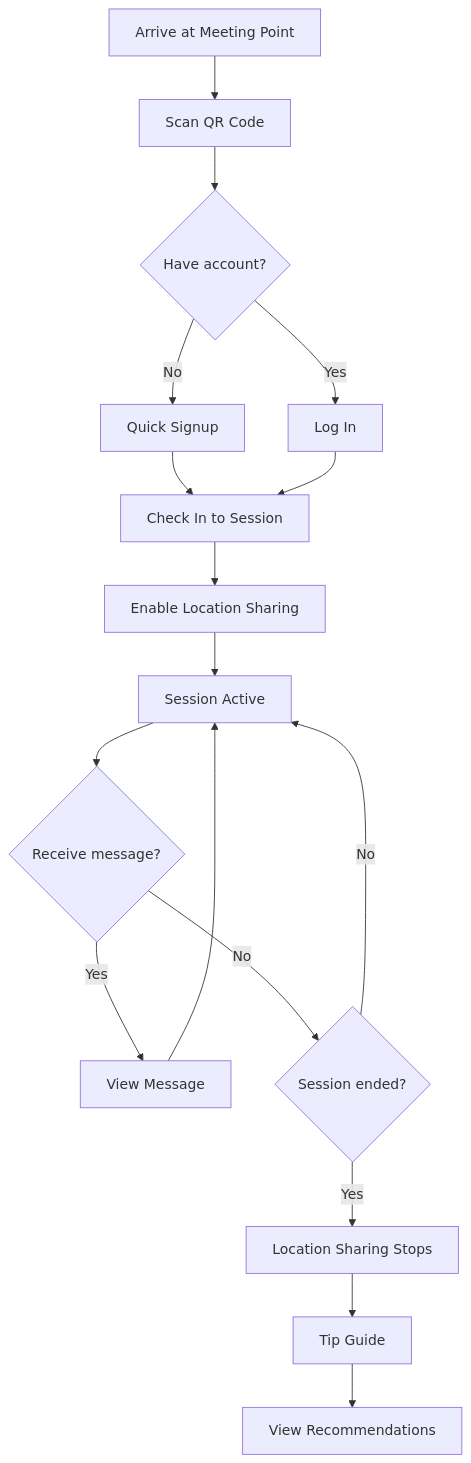
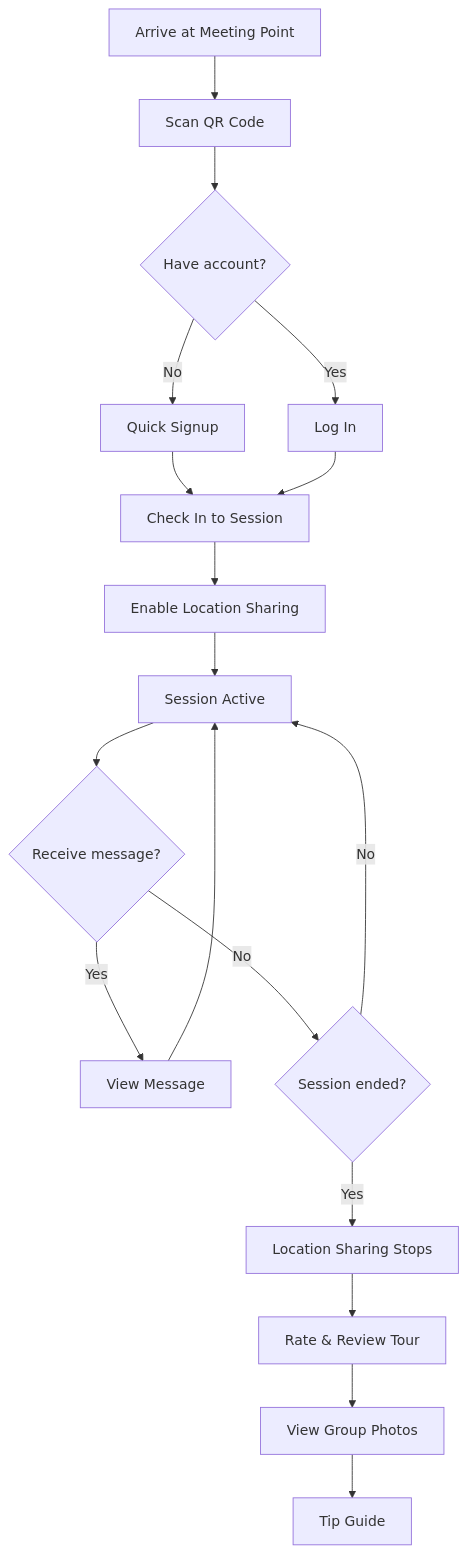
One commit to wariya-placehub/triptoe-docs changed the second of 3 diagrams in 1_product_overview.md. Above: the diagram before and after it, drawn with Mermaid. The commit also changed other lines of this file and 3 other files, not shown here.

````diff
--- a/1_product_overview.md
+++ b/1_product_overview.md
@@ -83,19 +85,20 @@
 ```mermaid
 flowchart TD
     A[Arrive at Meeting Point] --> B[Scan QR Code]
     B --> C{Have account?}
     C -->|No| D[Quick Signup]
     C -->|Yes| E[Log In]
     D --> F[Check In to Session]
     E --> F
     F --> G[Enable Location Sharing]
     G --> H[Session Active]
     H --> I{Receive message?}
     I -->|Yes| J[View Message]
     J --> H
     I -->|No| K{Session ended?}
     K -->|No| H
     K -->|Yes| L[Location Sharing Stops]
-    L --> M[Tip Guide]
-    M --> N[View Recommendations]
+    L --> M[Rate & Review Tour]
+    M --> N[View Group Photos]
+    N --> O[Tip Guide]
 ```
````
